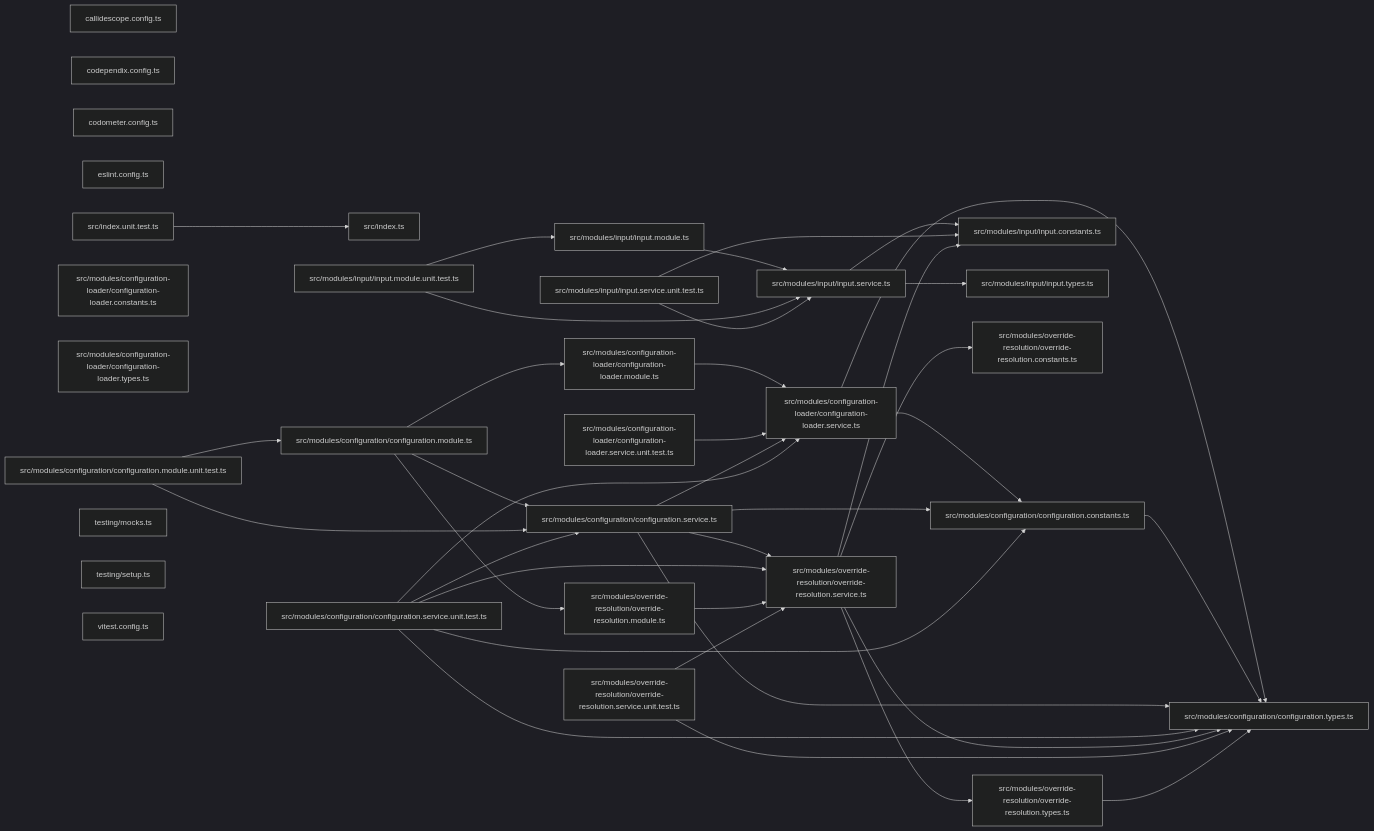
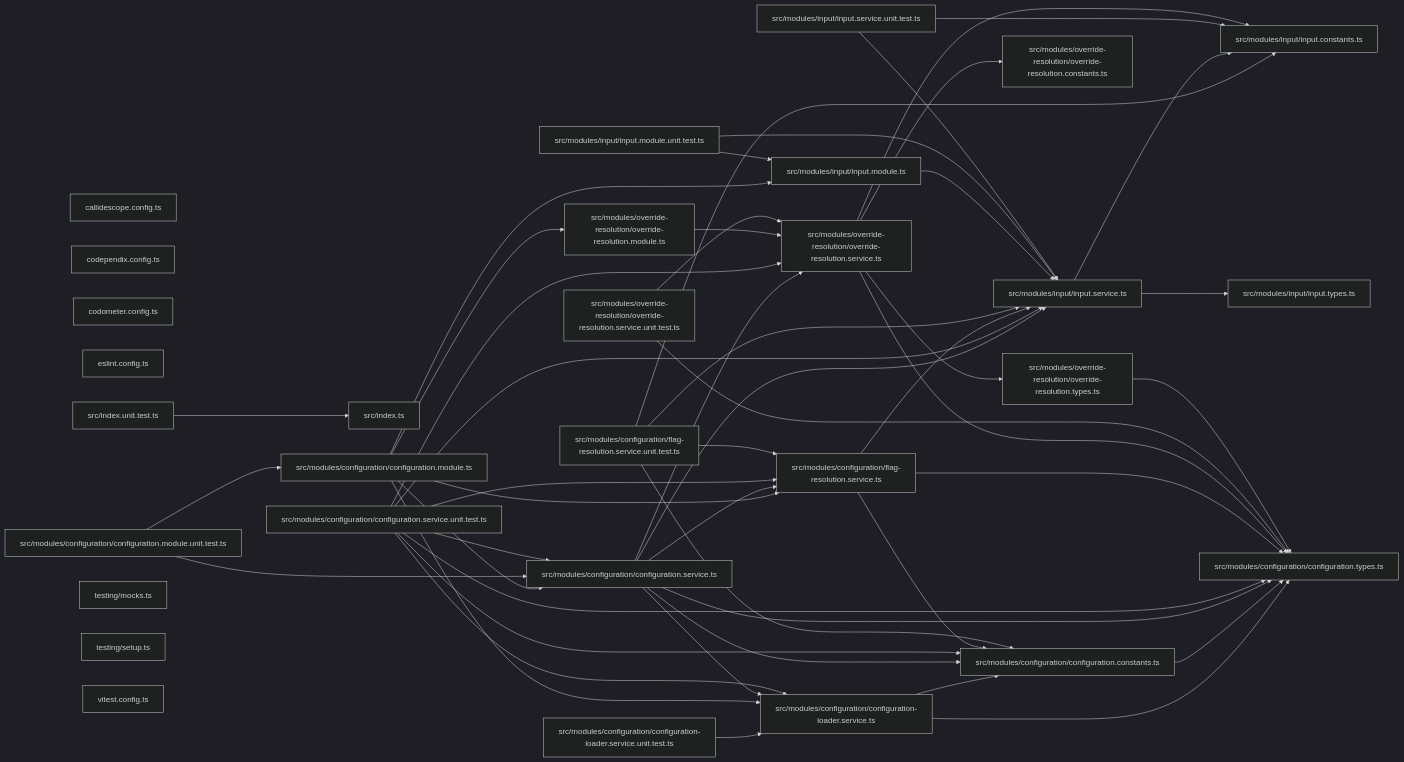
One commit to JimmyPaolini/codebase changed the third of 3 diagrams in packages/ic-suite/codependix/codependix-configuration/README.md. Above: the diagram before and after it, drawn with Mermaid (dark theme). The commit also changed other lines of this file and 16 other files, not shown here.

Commit message:
refactor(codependix): ♻️ measure the moved size limits and regenerate the module graphs

````diff
--- a/packages/ic-suite/codependix/codependix-configuration/README.md
+++ b/packages/ic-suite/codependix/codependix-configuration/README.md
@@ -45,69 +48,80 @@
 ```mermaid
 graph LR
   file_callidescope_config_ts["callidescope.config.ts"]
   file_codependix_config_ts["codependix.config.ts"]
   file_codometer_config_ts["codometer.config.ts"]
   file_eslint_config_ts["eslint.config.ts"]
   file_src_index_ts["src/index.ts"]
   file_src_index_unit_test_ts["src/index.unit.test.ts"]
-  file_src_modules_configuration_loader_configuration_loader_constants_ts["src/modules/configuration-loader/configuration-loader.constants.ts"]
-  file_src_modules_configuration_loader_configuration_loader_module_ts["src/modules/configuration-loader/configuration-loader.module.ts"]
-  file_src_modules_configuration_loader_configuration_loader_service_ts["src/modules/configuration-loader/configuration-loader.service.ts"]
-  file_src_modules_configuration_loader_configuration_loader_service_unit_test_ts["src/modules/configuration-loader/configuration-loader.service.unit.test.ts"]
-  file_src_modules_configuration_loader_configuration_loader_types_ts["src/modules/configuration-loader/configuration-loader.types.ts"]
+  file_src_modules_configuration_configuration_loader_service_ts["src/modules/configuration/configuration-loader.service.ts"]
+  file_src_modules_configuration_configuration_loader_service_unit_test_ts["src/modules/configuration/configuration-loader.service.unit.test.ts"]
   file_src_modules_configuration_configuration_constants_ts["src/modules/configuration/configuration.constants.ts"]
   file_src_modules_configuration_configuration_module_ts["src/modules/configuration/configuration.module.ts"]
   file_src_modules_configuration_configuration_module_unit_test_ts["src/modules/configuration/configuration.module.unit.test.ts"]
   file_src_modules_configuration_configuration_service_ts["src/modules/configuration/configuration.service.ts"]
   file_src_modules_configuration_configuration_service_unit_test_ts["src/modules/configuration/configuration.service.unit.test.ts"]
   file_src_modules_configuration_configuration_types_ts["src/modules/configuration/configuration.types.ts"]
+  file_src_modules_configuration_flag_resolution_service_ts["src/modules/configuration/flag-resolution.service.ts"]
+  file_src_modules_configuration_flag_resolution_service_unit_test_ts["src/modules/configuration/flag-resolution.service.unit.test.ts"]
   file_src_modules_input_input_constants_ts["src/modules/input/input.constants.ts"]
   file_src_modules_input_input_module_ts["src/modules/input/input.module.ts"]
   file_src_modules_input_input_module_unit_test_ts["src/modules/input/input.module.unit.test.ts"]
   file_src_modules_input_input_service_ts["src/modules/input/input.service.ts"]
   file_src_modules_input_input_service_unit_test_ts["src/modules/input/input.service.unit.test.ts"]
   file_src_modules_input_input_types_ts["src/modules/input/input.types.ts"]
   file_src_modules_override_resolution_override_resolution_constants_ts["src/modules/override-resolution/override-resolution.constants.ts"]
   file_src_modules_override_resolution_override_resolution_module_ts["src/modules/override-resolution/override-resolution.module.ts"]
   file_src_modules_override_resolution_override_resolution_service_ts["src/modules/override-resolution/override-resolution.service.ts"]
   file_src_modules_override_resolution_override_resolution_service_unit_test_ts["src/modules/override-resolution/override-resolution.service.unit.test.ts"]
   file_src_modules_override_resolution_override_resolution_types_ts["src/modules/override-resolution/override-resolution.types.ts"]
   file_testing_mocks_ts["testing/mocks.ts"]
   file_testing_setup_ts["testing/setup.ts"]
   file_vitest_config_ts["vitest.config.ts"]
   file_src_index_unit_test_ts --> file_src_index_ts
-  file_src_modules_configuration_loader_configuration_loader_module_ts --> file_src_modules_configuration_loader_configuration_loader_service_ts
-  file_src_modules_configuration_loader_configuration_loader_service_ts --> file_src_modules_configuration_configuration_constants_ts
-  file_src_modules_configuration_loader_configuration_loader_service_ts --> file_src_modules_configuration_configuration_types_ts
-  file_src_modules_configuration_loader_configuration_loader_service_unit_test_ts --> file_src_modules_configuration_loader_configuration_loader_service_ts
+  file_src_modules_configuration_configuration_loader_service_ts --> file_src_modules_configuration_configuration_constants_ts
+  file_src_modules_configuration_configuration_loader_service_ts --> file_src_modules_configuration_configuration_types_ts
+  file_src_modules_configuration_configuration_loader_service_unit_test_ts --> file_src_modules_configuration_configuration_loader_service_ts
   file_src_modules_configuration_configuration_constants_ts --> file_src_modules_configuration_configuration_types_ts
-  file_src_modules_configuration_configuration_module_ts --> file_src_modules_configuration_loader_configuration_loader_module_ts
+  file_src_modules_configuration_configuration_module_ts --> file_src_modules_configuration_configuration_loader_service_ts
   file_src_modules_configuration_configuration_module_ts --> file_src_modules_configuration_configuration_service_ts
+  file_src_modules_configuration_configuration_module_ts --> file_src_modules_configuration_flag_resolution_service_ts
+  file_src_modules_configuration_configuration_module_ts --> file_src_modules_input_input_module_ts
   file_src_modules_configuration_configuration_module_ts --> file_src_modules_override_resolution_override_resolution_module_ts
   file_src_modules_configuration_configuration_module_unit_test_ts --> file_src_modules_configuration_configuration_module_ts
   file_src_modules_configuration_configuration_module_unit_test_ts --> file_src_modules_configuration_configuration_service_ts
-  file_src_modules_configuration_configuration_service_ts --> file_src_modules_configuration_loader_configuration_loader_service_ts
+  file_src_modules_configuration_configuration_service_ts --> file_src_modules_configuration_configuration_loader_service_ts
   file_src_modules_configuration_configuration_service_ts --> file_src_modules_configuration_configuration_constants_ts
   file_src_modules_configuration_configuration_service_ts --> file_src_modules_configuration_configuration_types_ts
+  file_src_modules_configuration_configuration_service_ts --> file_src_modules_configuration_flag_resolution_service_ts
+  file_src_modules_configuration_configuration_service_ts --> file_src_modules_input_input_service_ts
   file_src_modules_configuration_configuration_service_ts --> file_src_modules_override_resolution_override_resolution_service_ts
-  file_src_modules_configuration_configuration_service_unit_test_ts --> file_src_modules_configuration_loader_configuration_loader_service_ts
+  file_src_modules_configuration_configuration_service_unit_test_ts --> file_src_modules_configuration_configuration_loader_service_ts
   file_src_modules_configuration_configuration_service_unit_test_ts --> file_src_modules_configuration_configuration_constants_ts
   file_src_modules_configuration_configuration_service_unit_test_ts --> file_src_modules_configuration_configuration_service_ts
   file_src_modules_configuration_configuration_service_unit_test_ts --> file_src_modules_configuration_configuration_types_ts
+  file_src_modules_configuration_configuration_service_unit_test_ts --> file_src_modules_configuration_flag_resolution_service_ts
+  file_src_modules_configuration_configuration_service_unit_test_ts --> file_src_modules_input_input_service_ts
   file_src_modules_configuration_configuration_service_unit_test_ts --> file_src_modules_override_resolution_override_resolution_service_ts
+  file_src_modules_configuration_flag_resolution_service_ts --> file_src_modules_configuration_configuration_constants_ts
+  file_src_modules_configuration_flag_resolution_service_ts --> file_src_modules_configuration_configuration_types_ts
+  file_src_modules_configuration_flag_resolution_service_ts --> file_src_modules_input_input_service_ts
+  file_src_modules_configuration_flag_resolution_service_unit_test_ts --> file_src_modules_configuration_configuration_constants_ts
+  file_src_modules_configuration_flag_resolution_service_unit_test_ts --> file_src_modules_configuration_flag_resolution_service_ts
+  file_src_modules_configuration_flag_resolution_service_unit_test_ts --> file_src_modules_input_input_constants_ts
+  file_src_modules_configuration_flag_resolution_service_unit_test_ts --> file_src_modules_input_input_service_ts
   file_src_modules_input_input_module_ts --> file_src_modules_input_input_service_ts
   file_src_modules_input_input_module_unit_test_ts --> file_src_modules_input_input_module_ts
   file_src_modules_input_input_module_unit_test_ts --> file_src_modules_input_input_service_ts
   file_src_modules_input_input_service_ts --> file_src_modules_input_input_constants_ts
   file_src_modules_input_input_service_ts --> file_src_modules_input_input_types_ts
   file_src_modules_input_input_service_unit_test_ts --> file_src_modules_input_input_constants_ts
   file_src_modules_input_input_service_unit_test_ts --> file_src_modules_input_input_service_ts
   file_src_modules_override_resolution_override_resolution_module_ts --> file_src_modules_override_resolution_override_resolution_service_ts
   file_src_modules_override_resolution_override_resolution_service_ts --> file_src_modules_configuration_configuration_types_ts
   file_src_modules_override_resolution_override_resolution_service_ts --> file_src_modules_input_input_constants_ts
   file_src_modules_override_resolution_override_resolution_service_ts --> file_src_modules_override_resolution_override_resolution_constants_ts
   file_src_modules_override_resolution_override_resolution_service_ts --> file_src_modules_override_resolution_override_resolution_types_ts
   file_src_modules_override_resolution_override_resolution_service_unit_test_ts --> file_src_modules_configuration_configuration_types_ts
   file_src_modules_override_resolution_override_resolution_service_unit_test_ts --> file_src_modules_override_resolution_override_resolution_service_ts
   file_src_modules_override_resolution_override_resolution_types_ts --> file_src_modules_configuration_configuration_types_ts
 ```
````
